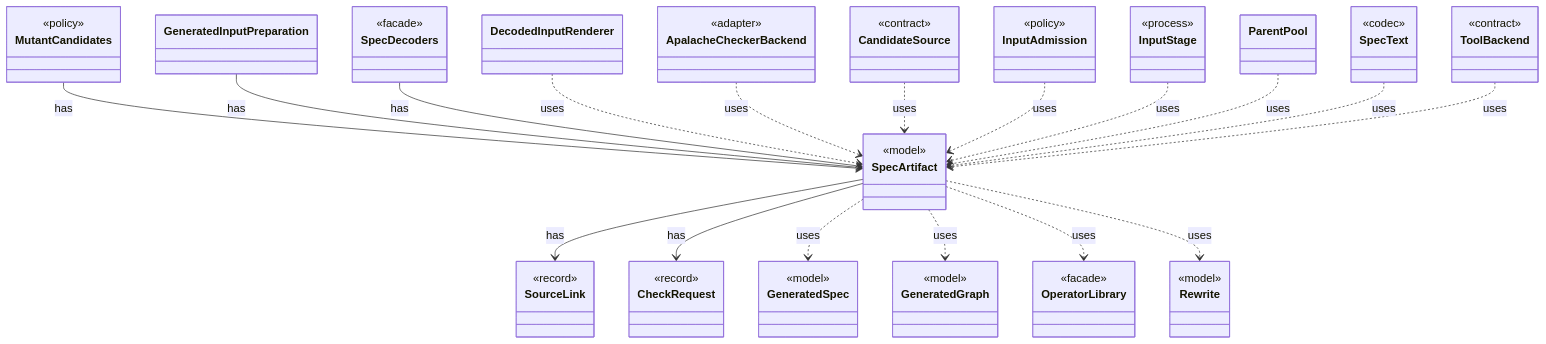
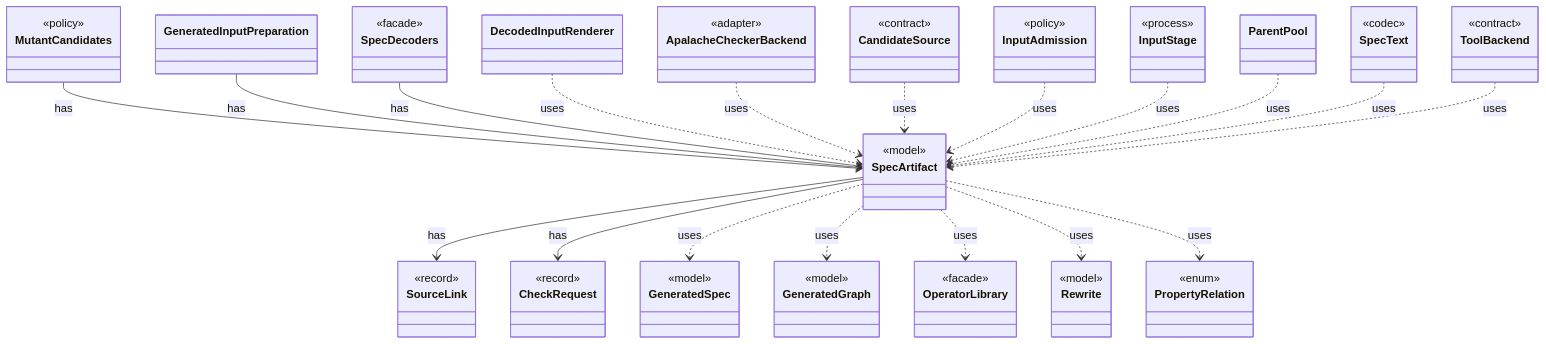
One commit to tlaplus/model-checker-hardening changed the diagram in dev/types/io.github.tlaplus.hardening.workflow.spec.SpecArtifact.md. Above: the diagram before and after it, drawn with Mermaid. The commit also changed other lines of this file and 405 other files, not shown here.

````diff
--- a/dev/types/io.github.tlaplus.hardening.workflow.spec.SpecArtifact.md
+++ b/dev/types/io.github.tlaplus.hardening.workflow.spec.SpecArtifact.md
@@ -9,68 +9,72 @@
 ```mermaid
 classDiagram
   class SpecArtifact {
     <<model>>
   }
   class SourceLink {
     <<record>>
   }
   class CheckRequest {
     <<record>>
   }
   class MutantCandidates {
     <<policy>>
   }
   class GeneratedInputPreparation
   class SpecDecoders {
     <<facade>>
   }
   class GeneratedSpec {
     <<model>>
   }
   class GeneratedGraph {
     <<model>>
   }
   class OperatorLibrary {
     <<facade>>
   }
   class Rewrite {
     <<model>>
   }
+  class PropertyRelation {
+    <<enum>>
+  }
   class DecodedInputRenderer
   class ApalacheCheckerBackend {
     <<adapter>>
   }
   class CandidateSource {
     <<contract>>
   }
   class InputAdmission {
     <<policy>>
   }
   class InputStage {
     <<process>>
   }
   class ParentPool
   class SpecText {
     <<codec>>
   }
   class ToolBackend {
     <<contract>>
   }
   SpecArtifact --> SourceLink : has
   SpecArtifact --> CheckRequest : has
   MutantCandidates --> SpecArtifact : has
   GeneratedInputPreparation --> SpecArtifact : has
   SpecDecoders --> SpecArtifact : has
   SpecArtifact ..> GeneratedSpec : uses
   SpecArtifact ..> GeneratedGraph : uses
   SpecArtifact ..> OperatorLibrary : uses
   SpecArtifact ..> Rewrite : uses
+  SpecArtifact ..> PropertyRelation : uses
   DecodedInputRenderer ..> SpecArtifact : uses
   ApalacheCheckerBackend ..> SpecArtifact : uses
   CandidateSource ..> SpecArtifact : uses
   InputAdmission ..> SpecArtifact : uses
   InputStage ..> SpecArtifact : uses
   ParentPool ..> SpecArtifact : uses
   SpecText ..> SpecArtifact : uses
   ToolBackend ..> SpecArtifact : uses
 ```
````
